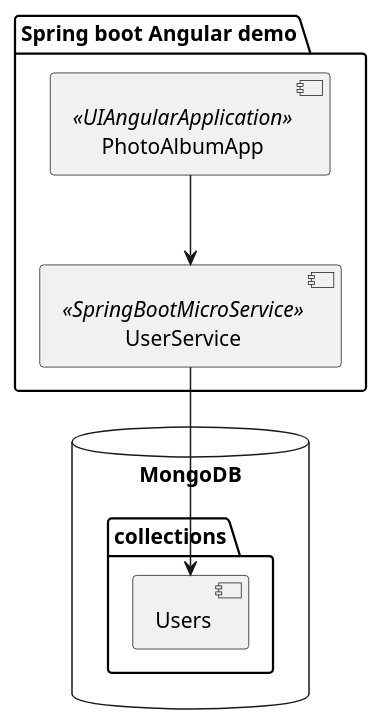
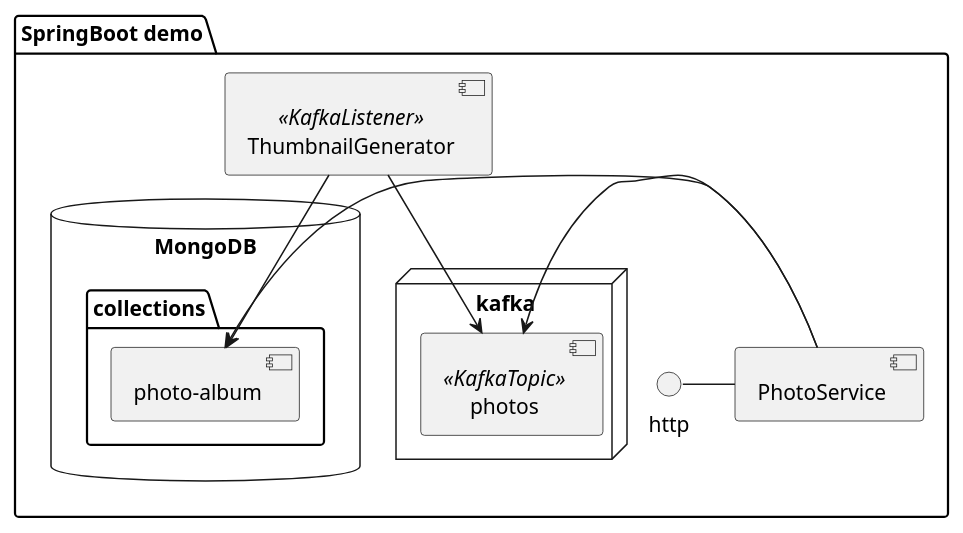
Before and after one commit to falehomar/demo: the diagram in component-diagram.puml, drawn with PlantUML. The commit also changed 2 other files, not shown here.

```diff
--- a/component-diagram.puml
+++ b/component-diagram.puml
@@ -1,22 +1,29 @@
 @startuml
 'https://plantuml.com/component-diagram
 
 
-package "Spring boot Angular demo" {
+package "SpringBoot demo" {
 
-  [PhotoAlbumApp] <<UIAngularApplication>>
-  [UserService] <<SpringBootMicroService>>
+  [ThumbnailGenerator] <<KafkaListener>>
+  http - [PhotoService] <<SpringBootMicroService>>
+
+
+    node kafka {
+    [photos] <<KafkaTopic>>
+    }
+  database "MongoDB" {
+    folder "collections" {
+      [photo-album]
+    }
+  }
 
 }
 
-database "MongoDB" {
-  folder "collections" {
-    [Users]
-  }
-}
 
 
-[PhotoAlbumApp] --> [UserService]
-[UserService] --> [Users]
 
+[PhotoService] -left-> [photo-album]
+[PhotoService] -left-> [photos]
+[ThumbnailGenerator] --> [photos]
+[ThumbnailGenerator] --> [photo-album]
 @enduml
```
